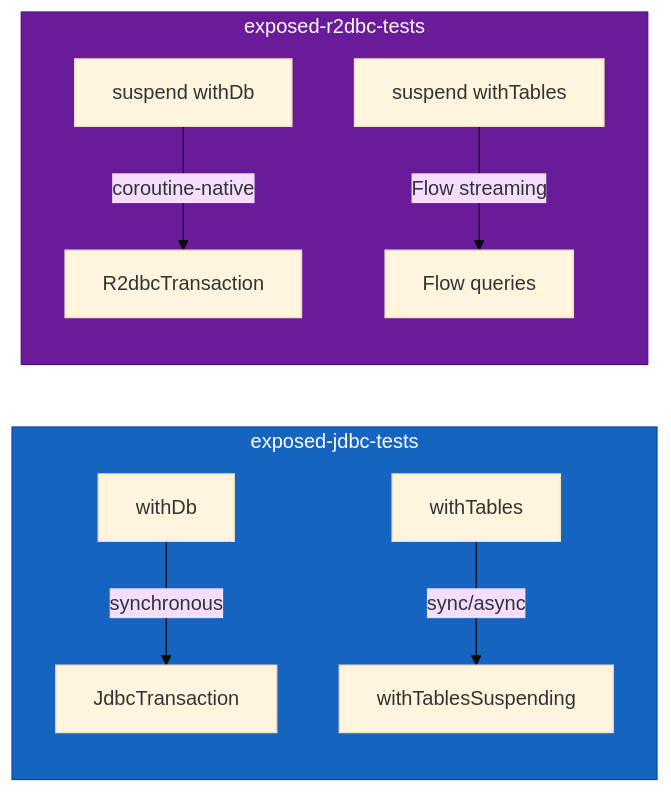
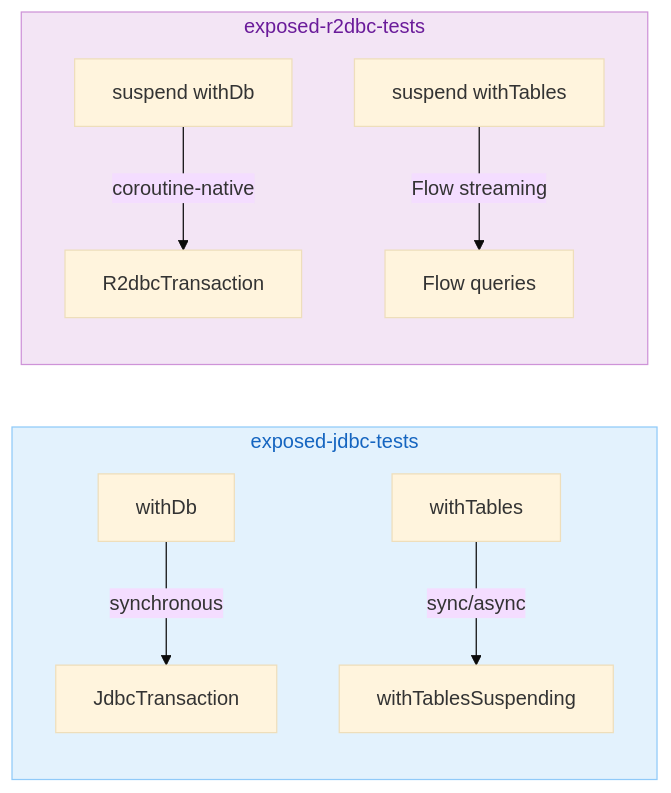
One commit to bluetape4k/bluetape4k-projects changed the second of 2 diagrams in data/exposed-r2dbc-tests/README.md. Above: the diagram before and after it, drawn with Mermaid (base theme). The commit also changed other lines of this file and 219 other files, not shown here.

First line of the commit message:
docs: 전체 README Mermaid 다이어그램 가이드 적용

````diff
--- a/data/exposed-r2dbc-tests/README.md
+++ b/data/exposed-r2dbc-tests/README.md
@@ -320,14 +320,14 @@
 ```mermaid
 flowchart LR
     subgraph JDBC_Tests["exposed-jdbc-tests"]
         J1[withDb] -->|synchronous| J2[JdbcTransaction]
         J3[withTables] -->|sync/async| J4[withTablesSuspending]
     end
     subgraph R2DBC_Tests["exposed-r2dbc-tests"]
         R1[suspend withDb] -->|coroutine-native| R2[R2dbcTransaction]
         R3[suspend withTables] -->|Flow streaming| R4[Flow queries]
     end
 
-    style JDBC_Tests fill:#1565C0,stroke:#0D47A1,color:#FFFFFF
-    style R2DBC_Tests fill:#6A1B9A,stroke:#4A148C,color:#FFFFFF
+    style JDBC_Tests fill:#E3F2FD,stroke:#90CAF9,color:#1565C0
+    style R2DBC_Tests fill:#F3E5F5,stroke:#CE93D8,color:#6A1B9A
 ```
````
